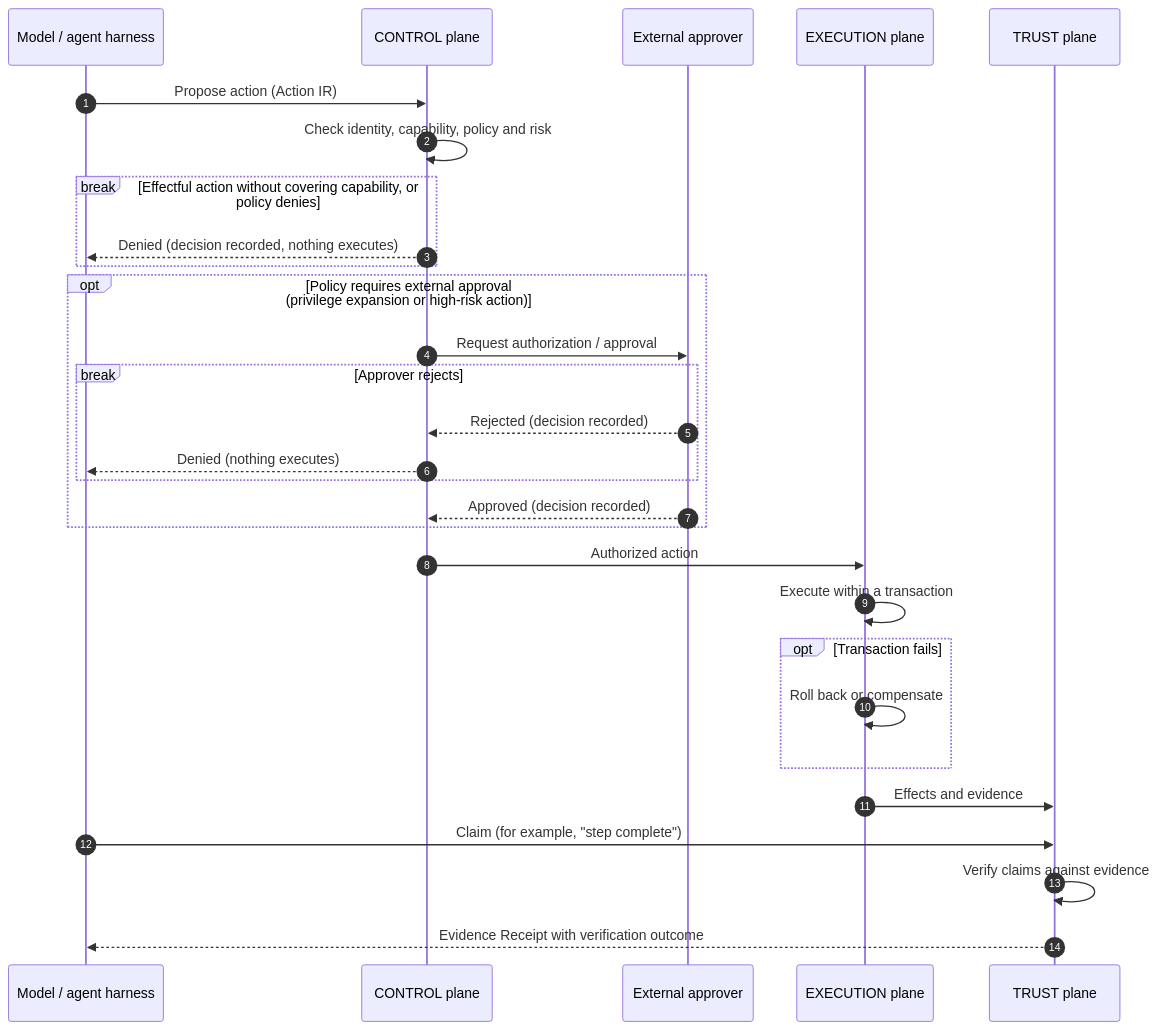
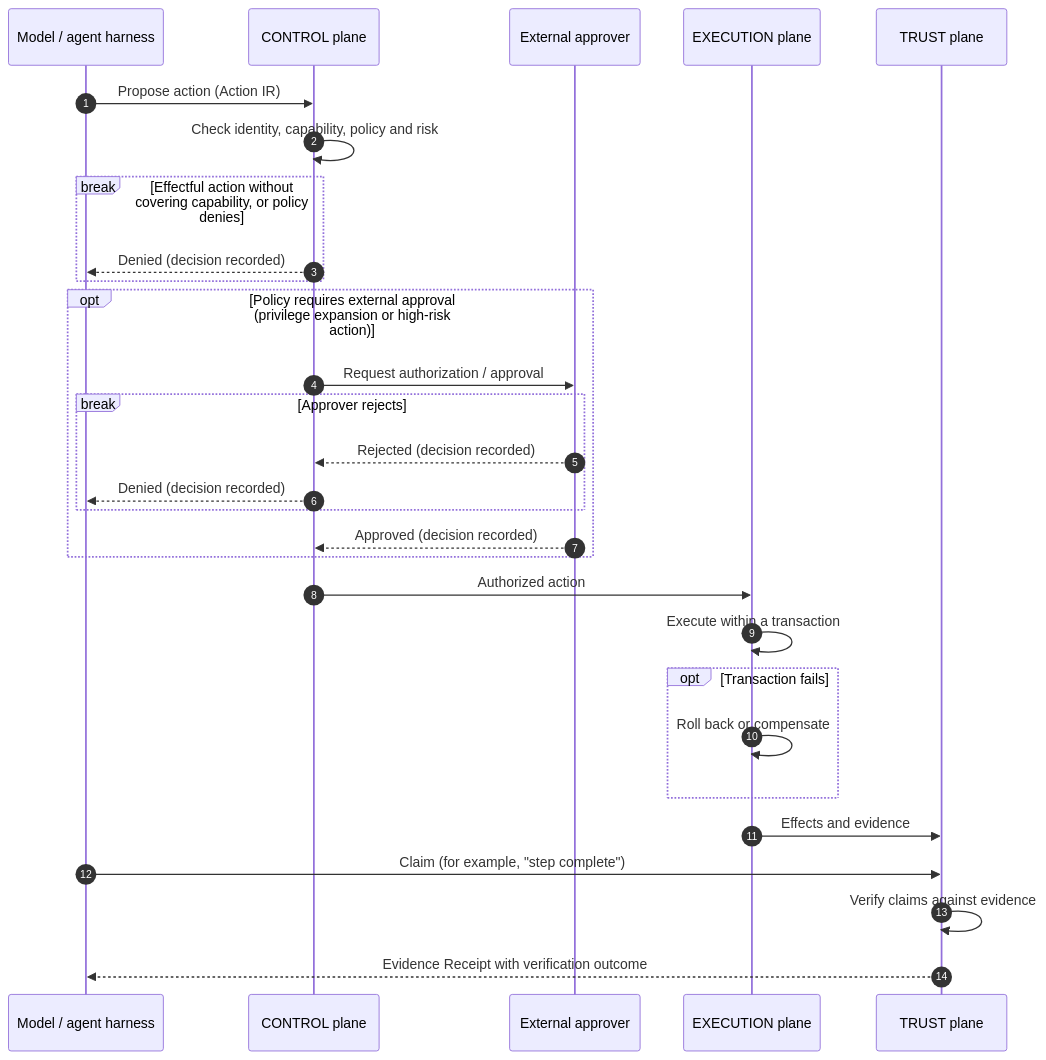
Before and after one commit to CuberGROS/proof-runtime: the second of 2 diagrams in docs/architecture/overview.md, drawn with Mermaid. The commit also changed other lines of this file and 1 other file, not shown here.

````diff
--- a/docs/architecture/overview.md
+++ b/docs/architecture/overview.md
@@ -158,36 +171,36 @@
 ```mermaid
 sequenceDiagram
     autonumber
     participant M as Model / agent harness
     participant C as CONTROL plane
     participant A as External approver
     participant E as EXECUTION plane
     participant T as TRUST plane
 
     M->>C: Propose action (Action IR)
     C->>C: Check identity, capability, policy and risk
 
     break Effectful action without covering capability, or policy denies
-        C-->>M: Denied (decision recorded, nothing executes)
+        C-->>M: Denied (decision recorded)
     end
 
     opt Policy requires external approval (privilege expansion or high-risk action)
         C->>A: Request authorization / approval
         break Approver rejects
             A-->>C: Rejected (decision recorded)
-            C-->>M: Denied (nothing executes)
+            C-->>M: Denied (decision recorded)
         end
         A-->>C: Approved (decision recorded)
     end
 
     C->>E: Authorized action
     E->>E: Execute within a transaction
     opt Transaction fails
         E->>E: Roll back or compensate
     end
     E->>T: Effects and evidence
 
     M->>T: Claim (for example, "step complete")
     T->>T: Verify claims against evidence
     T-->>M: Evidence Receipt with verification outcome
 ```
````
